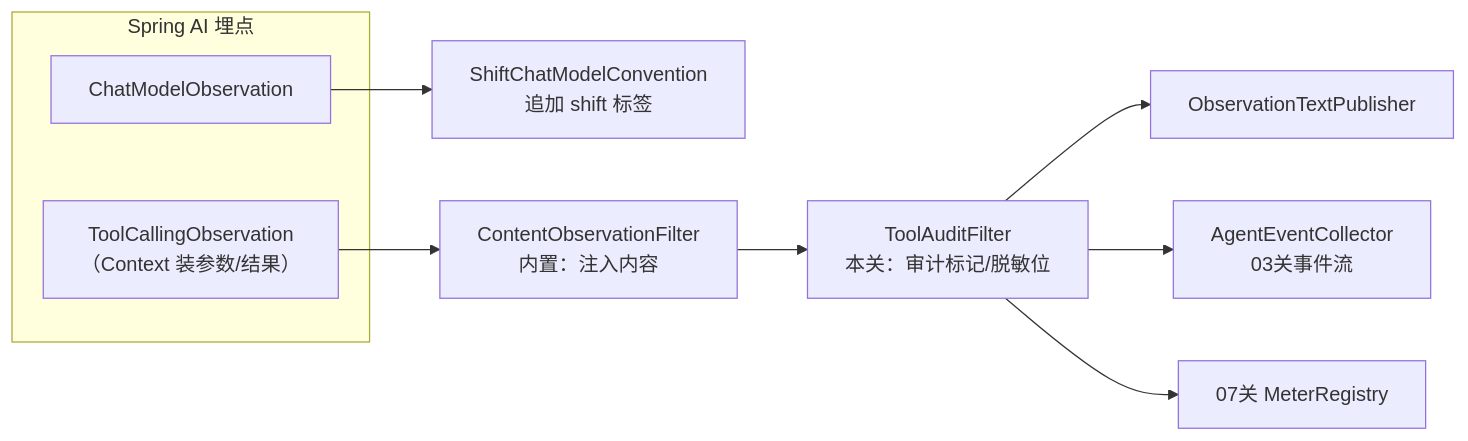
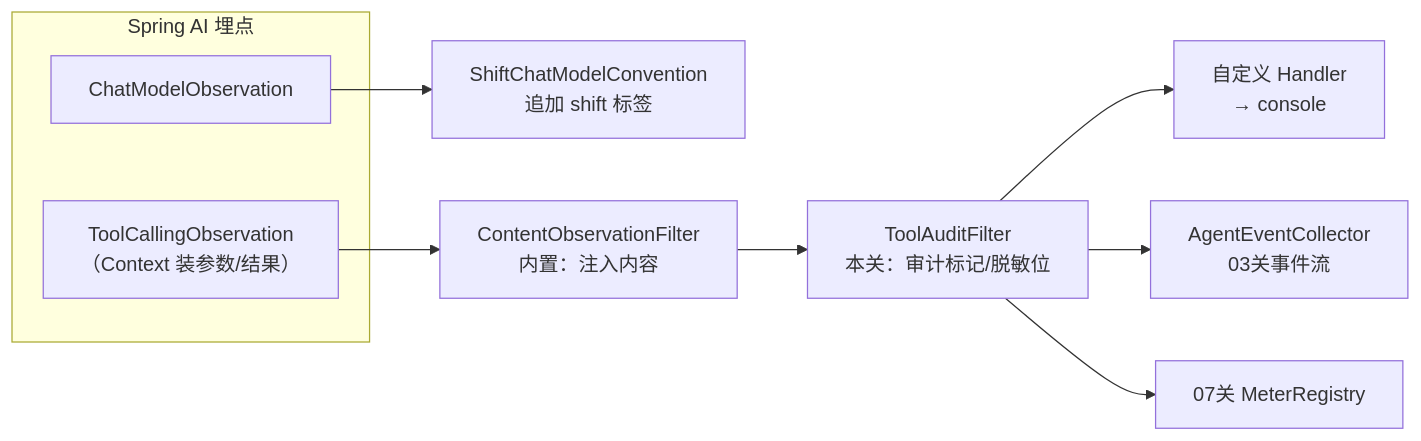
Before and after one commit to UranusGit/java-agent-learn: the first of 2 diagrams in docs/教程/05-Observation可观测/04-自定义Convention与Filter：工业标签与脱敏.md, drawn with Mermaid. The commit also changed other lines of this file and 12 other files, not shown here.

````diff
--- a/docs/教程/05-Observation可观测/04-自定义Convention与Filter：工业标签与脱敏.md
+++ b/docs/教程/05-Observation可观测/04-自定义Convention与Filter：工业标签与脱敏.md
@@ -116,13 +116,13 @@
 ```mermaid
 graph LR
     subgraph 埋点["Spring AI 埋点"]
         M["ChatModelObservation"]
         T["ToolCallingObservation<br/>（Context 装参数/结果）"]
     end
     M --> CV["ShiftChatModelConvention<br/>追加 shift 标签"]
     T --> F1["ContentObservationFilter<br/>内置：注入内容"]
     F1 --> F2["ToolAuditFilter<br/>本关：审计标记/脱敏位"]
-    F2 --> H1["ObservationTextPublisher"]
+    F2 --> H1["自定义 Handler<br/>→ console"]
     F2 --> H2["AgentEventCollector<br/>03关事件流"]
     F2 --> H3["07关 MeterRegistry"]
 ```
````
